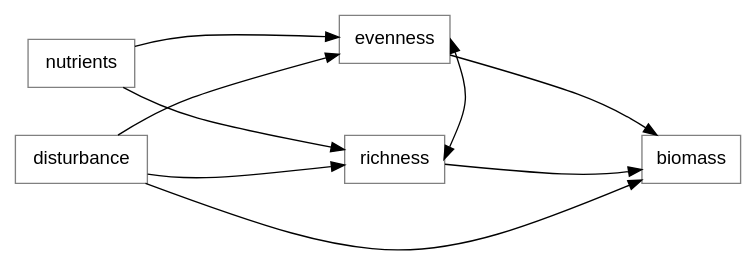
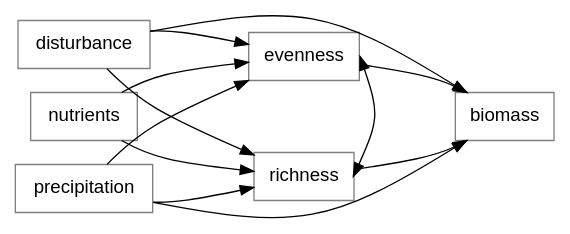
Before and after one commit to pennekampster/Swiss_SEM: diagram 23 of 25 in 5_Slides/Intro_to_SEM_part1.qmd, drawn with Graphviz. The commit also changed other lines of this file and 1 other file, not shown here.

````diff
--- a/5_Slides/Intro_to_SEM_part1.qmd
+++ b/5_Slides/Intro_to_SEM_part1.qmd
@@ -1321,33 +1325,34 @@
 ```{dot}
 //| fig-width: 6
 digraph  {
 
    # a 'graph' statement
-  graph [overlap = false, fontsize = 10, rankdir = LR, ranksep=2, splines=curved]
+  graph [overlap = false, fontsize = 10, rankdir = LR, ranksep=1, splines=curved]
 
   # several 'node' statements
   node [shape = box,
         fontname = Helvetica, color="gray"]
   
-        evenness;
-        richness;
+        evenness, richness;
         nutrients;
-        disturbance; 
-        biomass; 
+        disturbance;
+        precipitation;
 
+    disturbance->richness;
+    disturbance->evenness;
     nutrients->richness;
     nutrients->evenness;
+    precipitation->richness;
+    precipitation->evenness;
     disturbance -> biomass;
-
-   disturbance -> richness;
-   disturbance-> evenness;
+    precipitation -> biomass;
 
     evenness:e-> richness:e [dir=both; minlen=3] ;
 
     evenness->biomass ;
     richness->biomass ;
   
  { rank="same"; nutrients; disturbance}
  { rank="same"; evenness; richness}
 }
 ```
````
